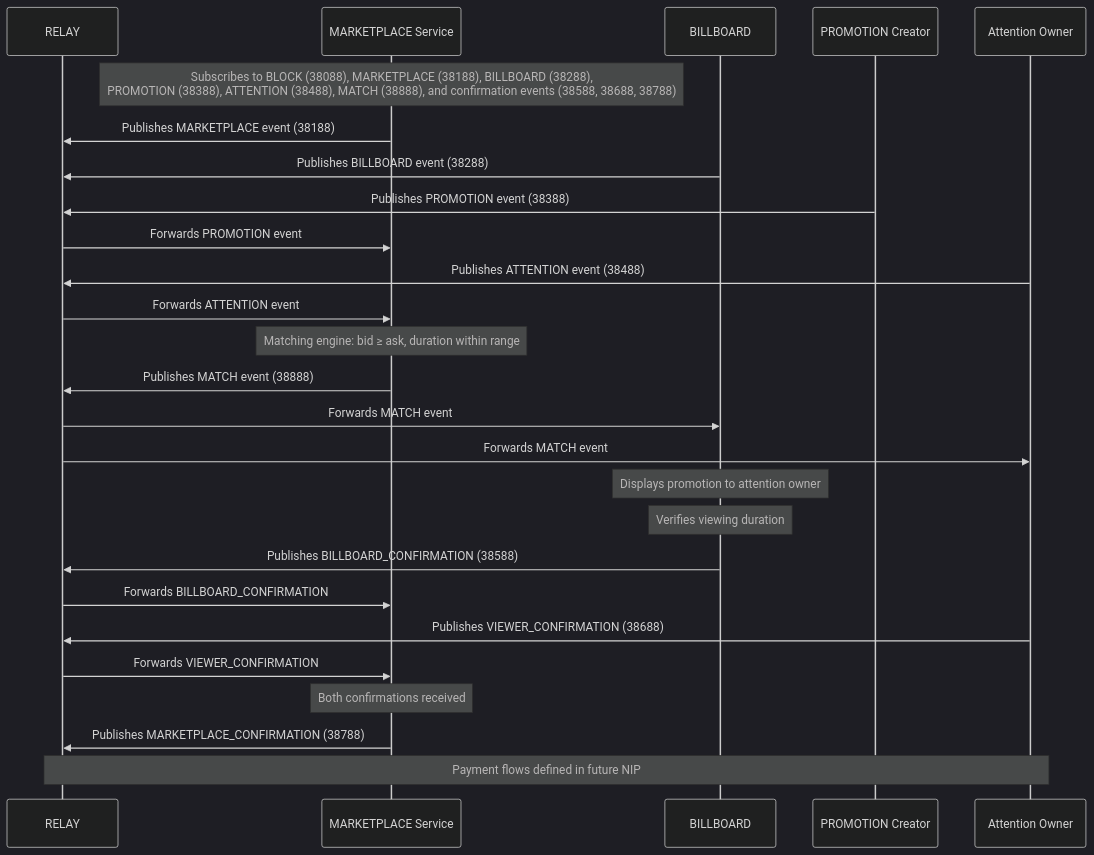
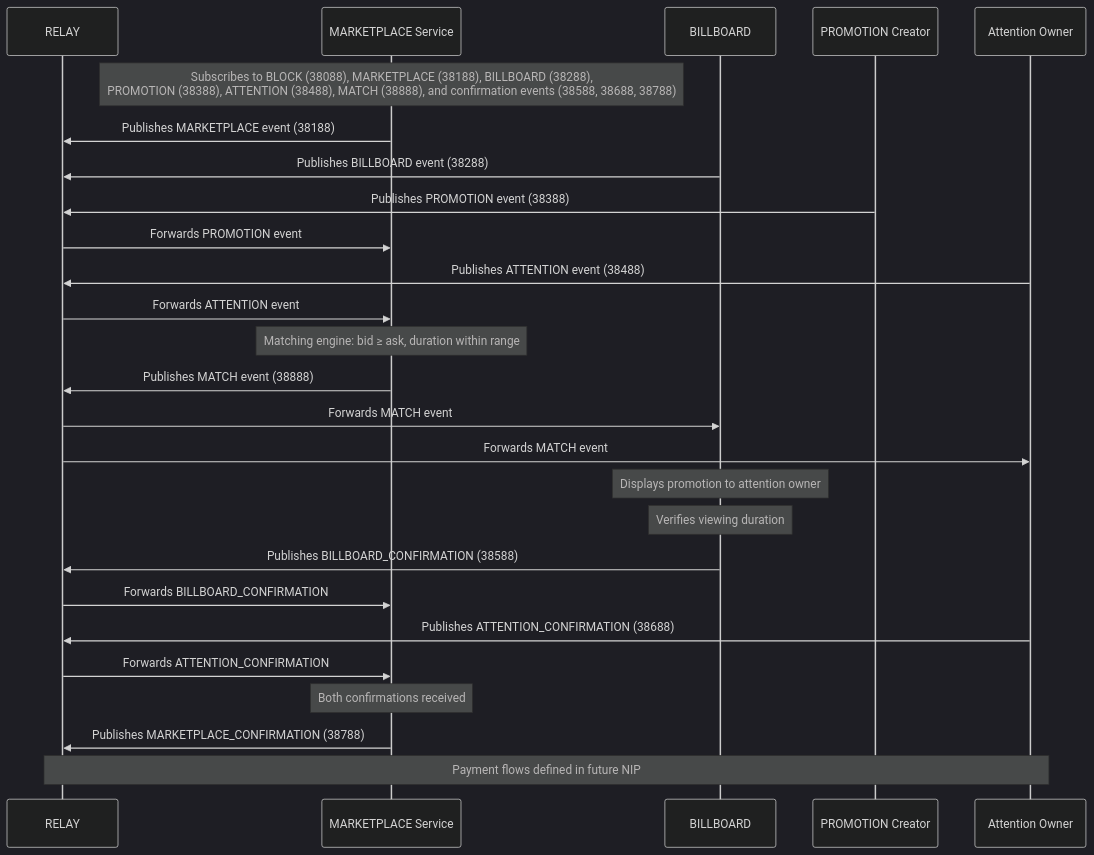
Before and after one commit to joinnextblock/protocol-attn: the diagram in packages/protocol/docs/README.md, drawn with Mermaid (dark theme). The commit also changed other lines of this file and 25 other files, not shown here.

First line of the commit message:
chore: rename VIEWER_CONFIRMATION to ATTENTION_CONFIRMATION

````diff
--- a/packages/protocol/docs/README.md
+++ b/packages/protocol/docs/README.md
@@ -109,29 +109,29 @@
 ```mermaid
 sequenceDiagram
     participant RELAY
     participant MARKETPLACE Service
     participant BILLBOARD
     participant PROMOTION Creator
     participant Attention Owner
 
     Note over MARKETPLACE Service: Subscribes to BLOCK (38088), MARKETPLACE (38188), BILLBOARD (38288),<br/>PROMOTION (38388), ATTENTION (38488), MATCH (38888), and confirmation events (38588, 38688, 38788)
     MARKETPLACE Service->>RELAY: Publishes MARKETPLACE event (38188)
     BILLBOARD->>RELAY: Publishes BILLBOARD event (38288)
     PROMOTION Creator->>RELAY: Publishes PROMOTION event (38388)
     RELAY->>MARKETPLACE Service: Forwards PROMOTION event
     Attention Owner->>RELAY: Publishes ATTENTION event (38488)
     RELAY->>MARKETPLACE Service: Forwards ATTENTION event
     Note over MARKETPLACE Service: Matching engine: bid ≥ ask, duration within range
     MARKETPLACE Service->>RELAY: Publishes MATCH event (38888)
     RELAY->>BILLBOARD: Forwards MATCH event
     RELAY->>Attention Owner: Forwards MATCH event
     Note over BILLBOARD: Displays promotion to attention owner
     Note over BILLBOARD: Verifies viewing duration
     BILLBOARD->>RELAY: Publishes BILLBOARD_CONFIRMATION (38588)
     RELAY->>MARKETPLACE Service: Forwards BILLBOARD_CONFIRMATION
-    Attention Owner->>RELAY: Publishes VIEWER_CONFIRMATION (38688)
-    RELAY->>MARKETPLACE Service: Forwards VIEWER_CONFIRMATION
+    Attention Owner->>RELAY: Publishes ATTENTION_CONFIRMATION (38688)
+    RELAY->>MARKETPLACE Service: Forwards ATTENTION_CONFIRMATION
     Note over MARKETPLACE Service: Both confirmations received
     MARKETPLACE Service->>RELAY: Publishes MARKETPLACE_CONFIRMATION (38788)
     Note over RELAY,Attention Owner: Payment flows defined in future NIP
 ```
````
